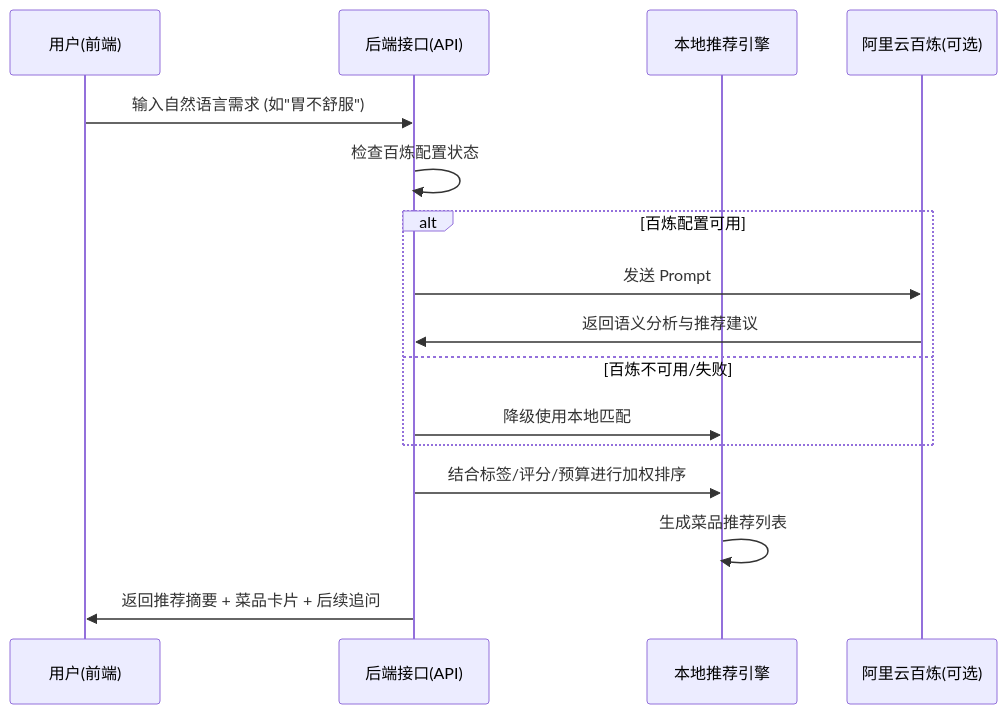
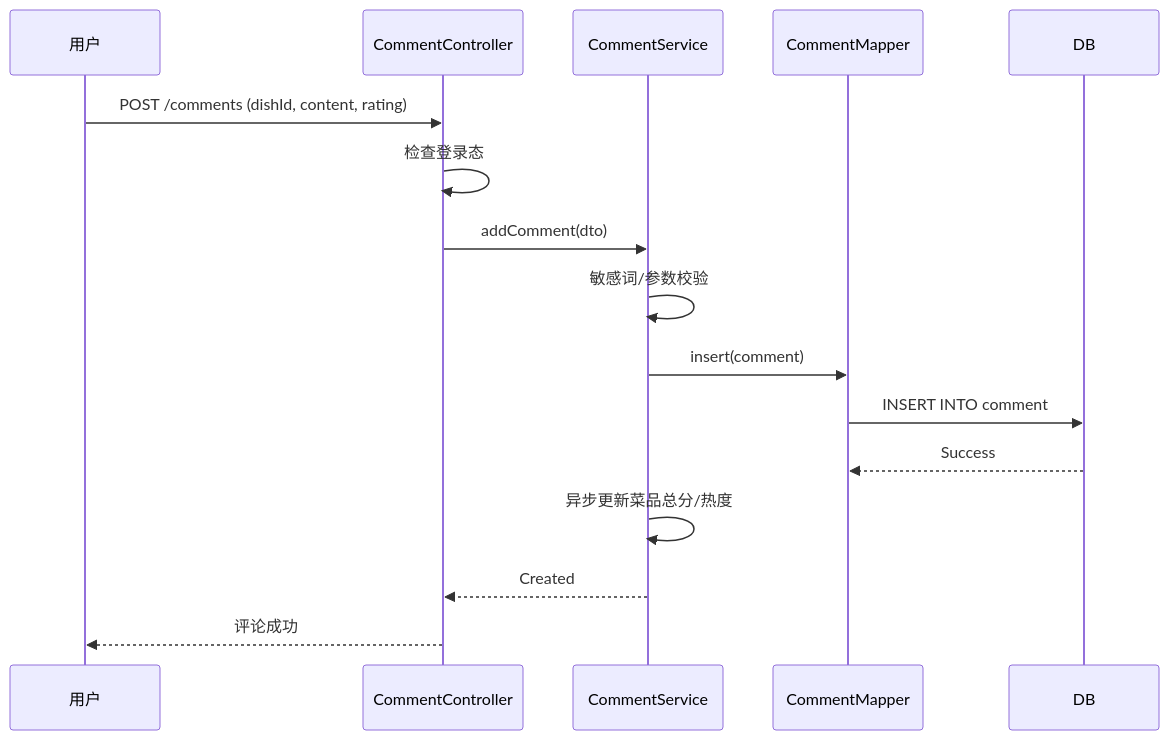
Before and after one commit to MoriSparkles/EatinginZJUT: the seventh of 12 diagrams in README.md, drawn with Mermaid. The commit also changed other lines of this file, not shown here.

````diff
--- a/README.md
+++ b/README.md
@@ -480,19 +672,19 @@
 ```mermaid
 sequenceDiagram
-    participant User as 用户(前端)
-    participant API as 后端接口(API)
-    participant Local as 本地推荐引擎
-    participant Bailian as 阿里云百炼(可选)
-    
-    User->>API: 输入自然语言需求 (如"胃不舒服")
-    API->>API: 检查百炼配置状态
-    alt 百炼配置可用
-        API->>Bailian: 发送 Prompt
-        Bailian->>API: 返回语义分析与推荐建议
-    else 百炼不可用/失败
-        API->>Local: 降级使用本地匹配
-    end
-    API->>Local: 结合标签/评分/预算进行加权排序
-    Local->>Local: 生成菜品推荐列表
-    API->>User: 返回推荐摘要 + 菜品卡片 + 后续追问
+    participant U as 用户
+    participant C as CommentController
+    participant S as CommentService
+    participant M as CommentMapper
+    participant D as DB
+
+    U->>C: POST /comments (dishId, content, rating)
+    C->>C: 检查登录态
+    C->>S: addComment(dto)
+    S->>S: 敏感词/参数校验
+    S->>M: insert(comment)
+    M->>D: INSERT INTO comment
+    D-->>M: Success
+    S->>S: 异步更新菜品总分/热度
+    S-->>C: Created
+    C-->>U: 评论成功
 ```
````
